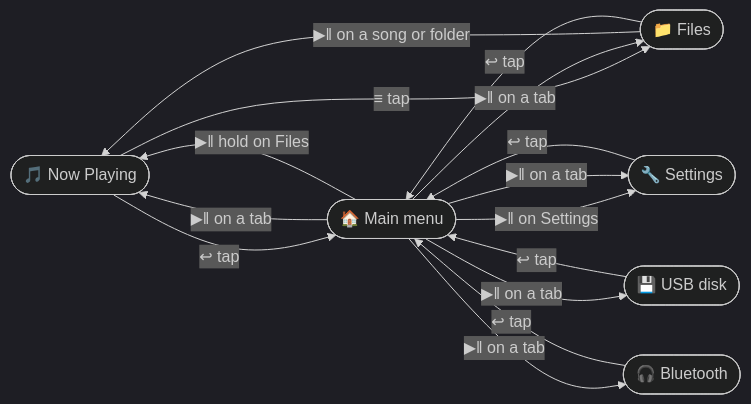
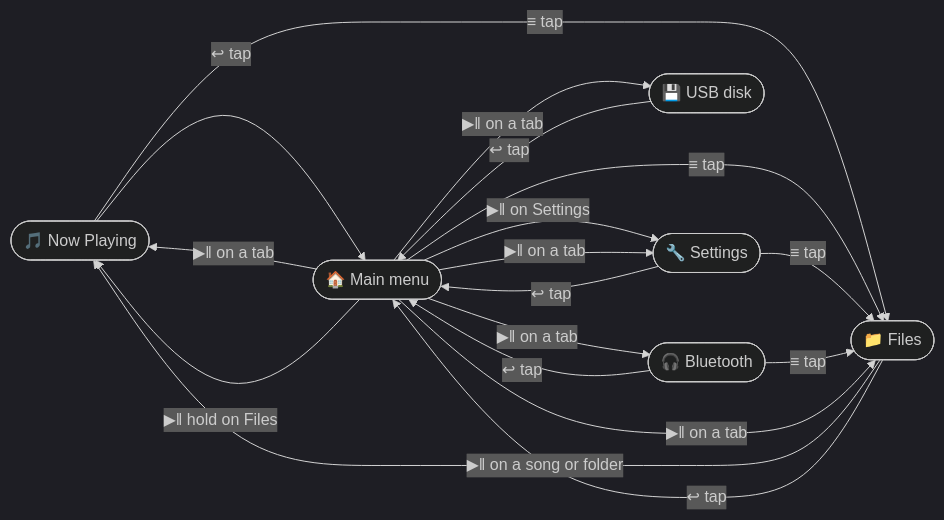
The diagram in docs/controls.md (chocolate-b4r/recho-echo-mod), drawn with Mermaid (dark theme) before and after one commit. The commit also changed other lines of this file and 16 other files, not shown here.

First line of the commit message:
Menu key does two things only: tap opens Files, hold is the favourite

````diff
--- a/docs/controls.md
+++ b/docs/controls.md
@@ -16,18 +16,18 @@
 ```mermaid
 flowchart LR
     NP(["🎵 Now Playing"])
     MENU(["🏠 Main menu"])
     FILES(["📁 Files"])
     SET(["🔧 Settings"])
     USB(["💾 USB disk"])
     BT(["🎧 Bluetooth"])
 
     NP -- "↩ tap" --> MENU
-    NP -- "≡ tap" --> FILES
+    NP & MENU & SET & BT -- "≡ tap" --> FILES
     MENU -- "▶‖ on Settings" --> SET
     MENU -- "▶‖ on a tab" --> FILES & SET & USB & BT & NP
     MENU -- "▶‖ hold on Files" --> NP
     FILES -- "▶‖ on a song or folder" --> NP
     FILES & SET & BT -- "↩ tap" --> MENU
     USB -- "↩ tap" --> MENU
 ```
````
